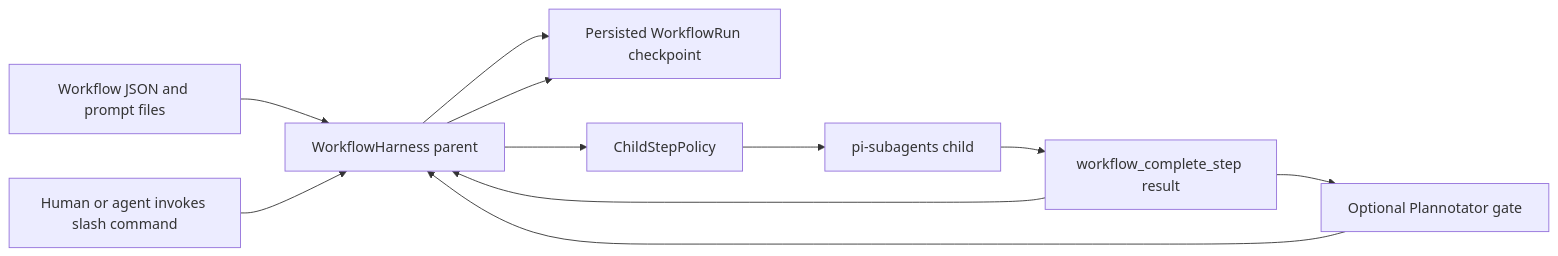
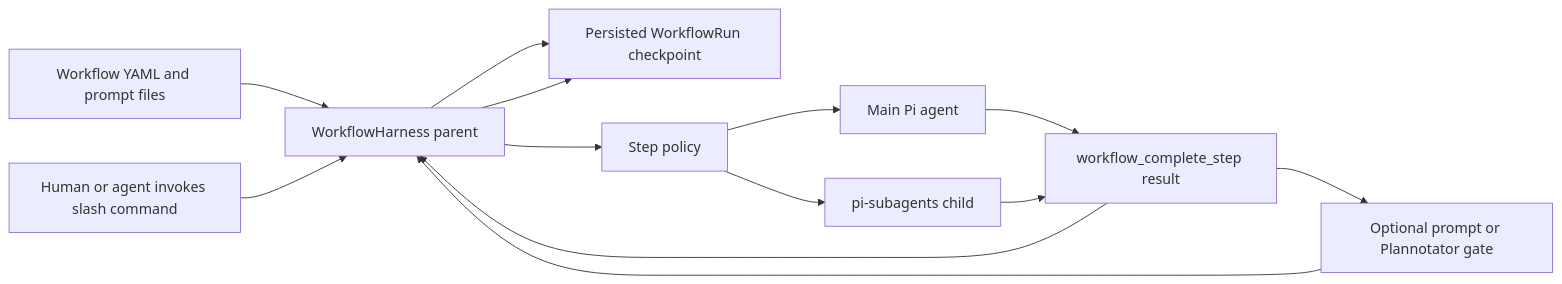
Before and after one commit to wichayutdew/pi-workflows: the second of 5 diagrams in openwiki/quickstart.md, drawn with Mermaid. The commit also changed other lines of this file and 84 other files, not shown here.

````diff
--- a/openwiki/quickstart.md
+++ b/openwiki/quickstart.md
@@ -27,22 +27,25 @@
 ```mermaid
 flowchart LR
   Human[Human or agent invokes slash command]
-  Files[Workflow JSON and prompt files]
+  Files[Workflow YAML and prompt files]
   Harness[WorkflowHarness parent]
   State[Persisted WorkflowRun checkpoint]
+  Main[Main Pi agent]
   Child[pi-subagents child]
-  Policy[ChildStepPolicy]
+  Policy[Step policy]
   Complete[workflow_complete_step result]
-  Gate[Optional Plannotator gate]
+  Gate[Optional prompt or Plannotator gate]
 
   Files --> Harness
   Human --> Harness
   Harness --> State
   Harness --> Policy
+  Policy --> Main
   Policy --> Child
+  Main --> Complete
   Child --> Complete
   Complete --> Harness
   Complete --> Gate
   Gate --> Harness
   Harness --> State
 ```
````
